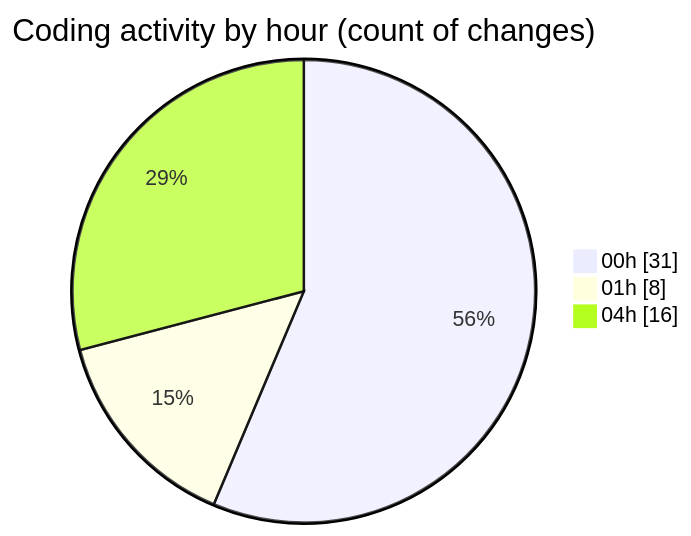
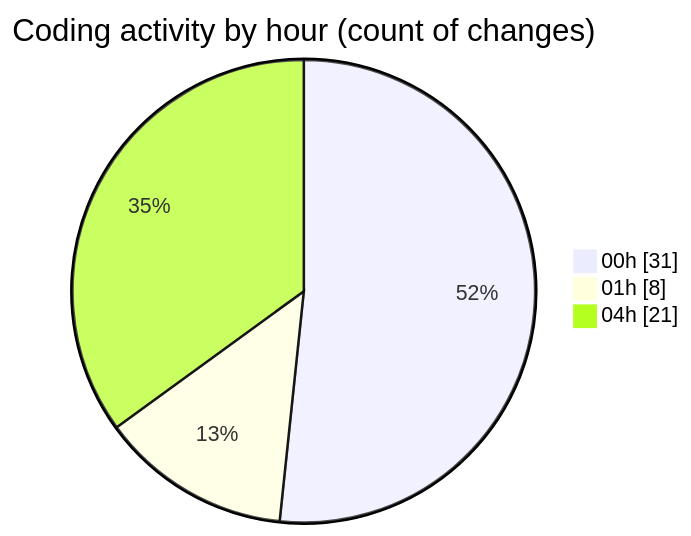
The second of 2 diagrams in 2025-10-28/usr_aleoudev_fr__workspace_/README.md (julien-gomy/code-tracking), drawn with Mermaid before and after one commit. The commit also changed other lines of this file and 1 other file, not shown here.

````diff
--- a/2025-10-28/usr_aleoudev_fr__workspace_/README.md
+++ b/2025-10-28/usr_aleoudev_fr__workspace_/README.md
@@ -33,7 +33,7 @@
 ```mermaid
 pie showData
 title Coding activity by hour (count of changes)
 "00h" : 31
 "01h" : 8
-"04h" : 16
+"04h" : 21
 ```
````
